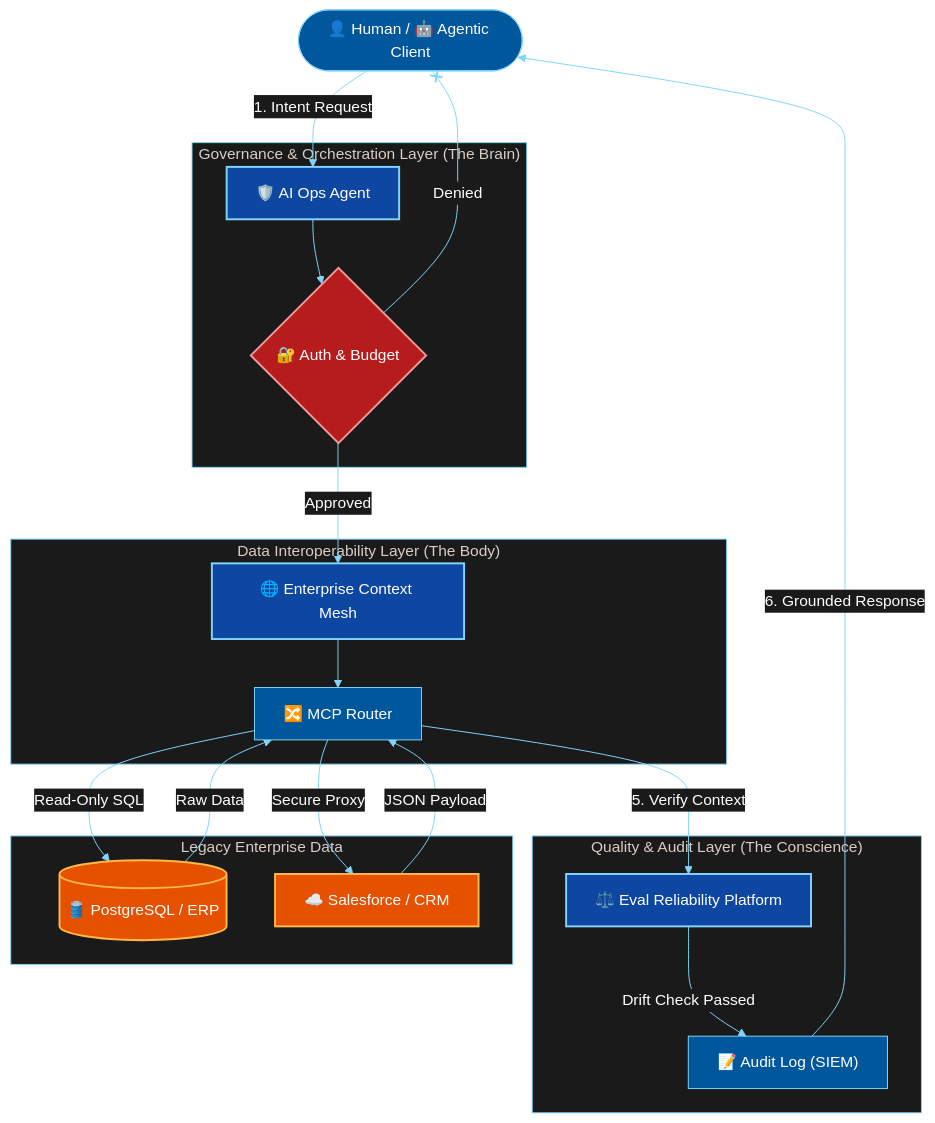
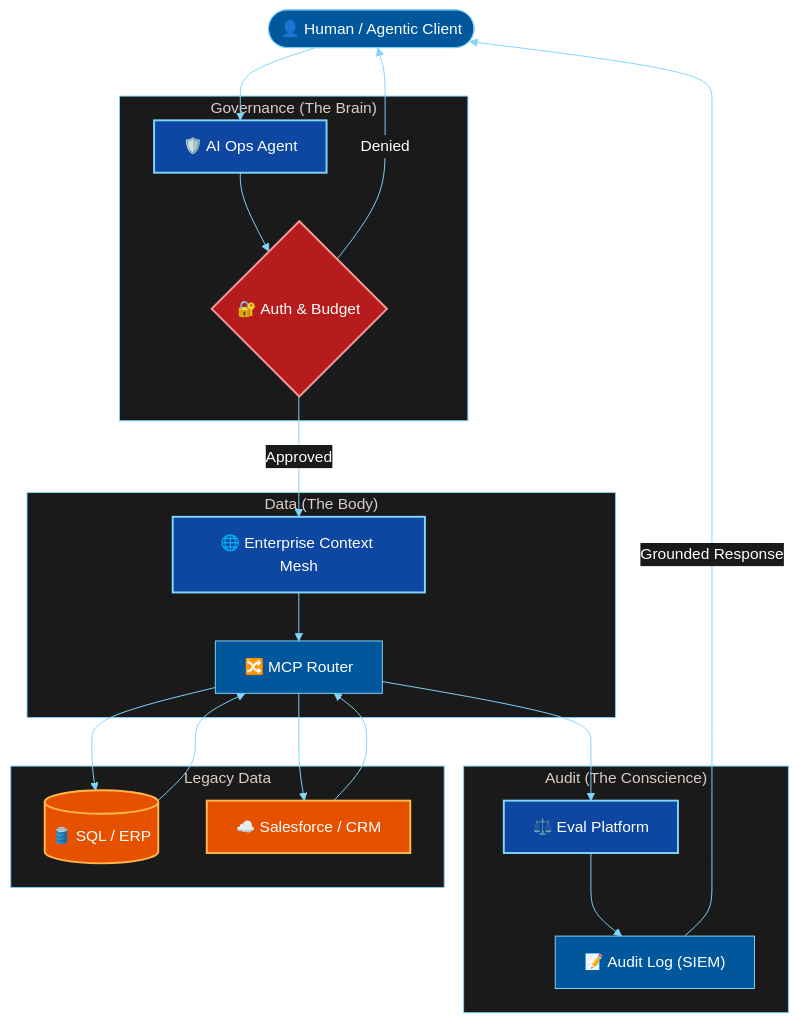
The diagram in README.md (shrikantkashi2510-gif/enterprise-agentic-suite), drawn with Mermaid before and after one commit.

````diff
--- a/README.md
+++ b/README.md
@@ -20,66 +20,67 @@
 ```mermaid
 %%{init: {
   'theme': 'base',
   'themeVariables': {
     'primaryColor': '#01579b',
     'primaryTextColor': '#ffffff',
     'primaryBorderColor': '#81d4fa',
     'lineColor': '#81d4fa',
     'secondaryColor': '#003366',
     'tertiaryColor': '#263238',
     'clusterBkg': '#1a1a1a',
     'clusterBorder': '#81d4fa',
     'edgeLabelBackground':'#1a1a1a',
     'nodeTextColor': '#ffffff'
   }
 }}%%
 graph TD
     %% Define Nodes
-    Client(["👤 Human / 🤖 Agentic Client"])
+    Client(["👤 Human / Agentic Client"])
 
-    subgraph "Governance & Orchestration Layer (The Brain)"
+    subgraph "Governance (The Brain)"
         Ops["🛡️ AI Ops Agent"]
         Auth{"🔐 Auth & Budget"}
     end
 
-    subgraph "Data Interoperability Layer (The Body)"
+    subgraph "Data (The Body)"
         ECM["🌐 Enterprise Context Mesh"]
         Router["🔀 MCP Router"]
     end
 
-    subgraph "Quality & Audit Layer (The Conscience)"
-        Eval["⚖️ Eval Reliability Platform"]
+    subgraph "Audit (The Conscience)"
+        Eval["⚖️ Eval Platform"]
         Log["📝 Audit Log (SIEM)"]
     end
 
-    subgraph "Legacy Enterprise Data"
-        SQL[("🛢️ PostgreSQL / ERP")]
+    subgraph "Legacy Data"
+        SQL[("🛢️ SQL / ERP")]
         API["☁️ Salesforce / CRM"]
     end
 
-    %% Define Relationships
-    Client -->|"1. Intent Request"| Ops
+    %% Optimized Flow
+    Client --> Ops
     Ops --> Auth
+    
     Auth -->|"Approved"| ECM
-    Auth --x|"Denied"| Client
+    Auth -->|"Denied"| Client
 
     ECM --> Router
-    Router -->|"Read-Only SQL"| SQL
-    Router -->|"Secure Proxy"| API
+    Router --> SQL
+    Router --> API
 
-    SQL -->|"Raw Data"| Router
-    API -->|"JSON Payload"| Router
+    SQL --> Router
+    API --> Router
 
-    Router -->|"5. Verify Context"| Eval
-    Eval -->|"Drift Check Passed"| Log
-    Log -->|"6. Grounded Response"| Client
+    Router --> Eval
+    Eval --> Log
+    Log -->|"Grounded Response"| Client
 
     %% Styling
     classDef secure fill:#0d47a1,stroke:#81d4fa,stroke-width:2px,color:#ffffff;
     classDef legacy fill:#e65100,stroke:#ffb74d,stroke-width:2px,color:#ffffff;
     classDef critical fill:#b71c1c,stroke:#ef9a9a,stroke-width:2px,color:#ffffff;
 
     class Ops,ECM,Eval secure;
     class SQL,API legacy;
     class Auth critical;
 ```
````
